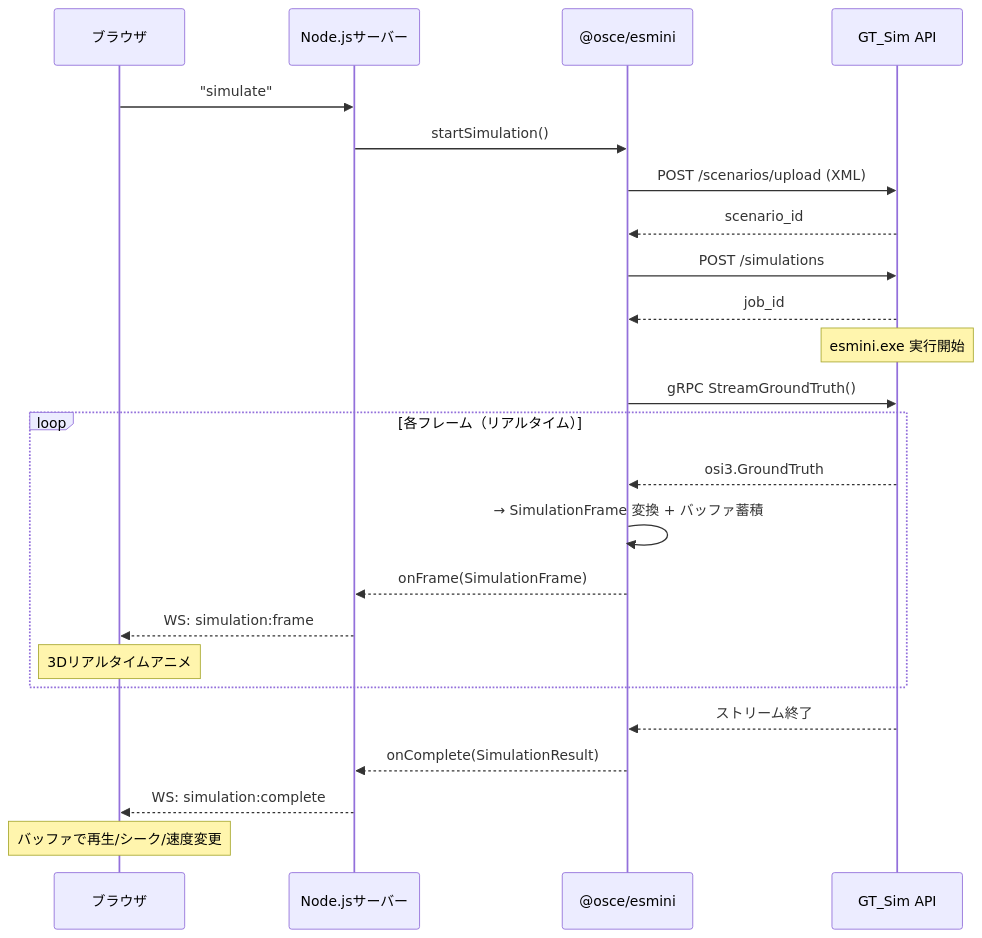
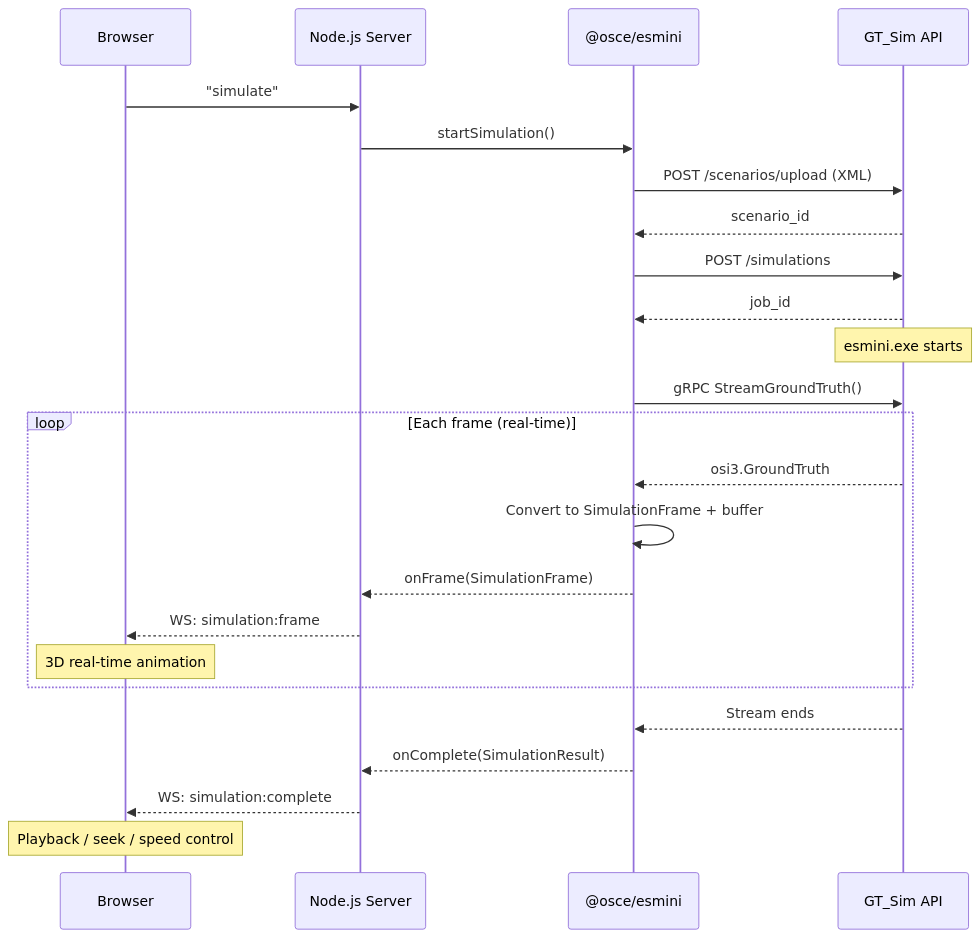
The fifth of 7 diagrams in docs/ARCHITECTURE.md (GT-karny/GT-OpenSCENARIOEditor), drawn with Mermaid before and after one commit. The commit also changed other lines of this file and 7 other files, not shown here.

````diff
--- a/docs/ARCHITECTURE.md
+++ b/docs/ARCHITECTURE.md
@@ -267,29 +282,29 @@
 ```mermaid
 sequenceDiagram
-  participant B as ブラウザ
-  participant S as Node.jsサーバー
+  participant B as Browser
+  participant S as Node.js Server
   participant E as @osce/esmini
   participant G as GT_Sim API
 
   B->>S: "simulate"
   S->>E: startSimulation()
   E->>G: POST /scenarios/upload (XML)
   G-->>E: scenario_id
   E->>G: POST /simulations
   G-->>E: job_id
-  Note over G: esmini.exe 実行開始
+  Note over G: esmini.exe starts
   E->>G: gRPC StreamGroundTruth()
 
-  loop 各フレーム（リアルタイム）
+  loop Each frame (real-time)
     G-->>E: osi3.GroundTruth
-    E->>E: → SimulationFrame 変換 + バッファ蓄積
+    E->>E: Convert to SimulationFrame + buffer
     E-->>S: onFrame(SimulationFrame)
     S-->>B: WS: simulation:frame
-    Note over B: 3Dリアルタイムアニメ
+    Note over B: 3D real-time animation
   end
 
-  G-->>E: ストリーム終了
+  G-->>E: Stream ends
   E-->>S: onComplete(SimulationResult)
   S-->>B: WS: simulation:complete
-  Note over B: バッファで再生/シーク/速度変更
+  Note over B: Playback / seek / speed control
 ```
````
